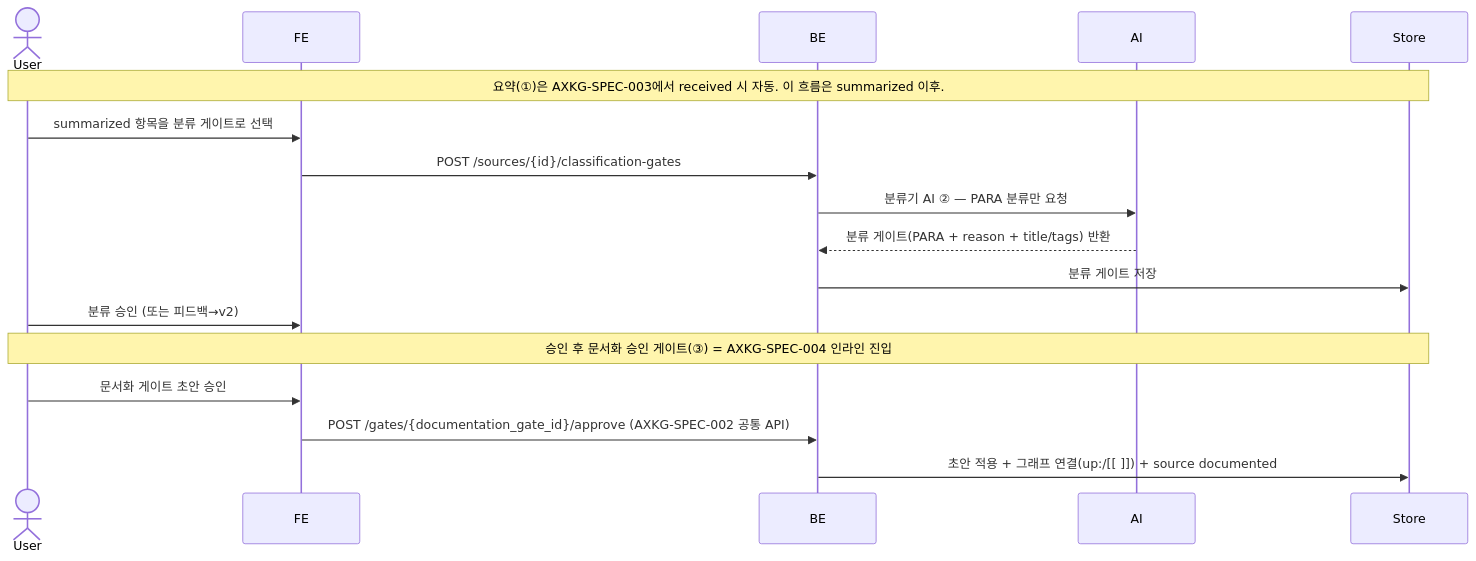
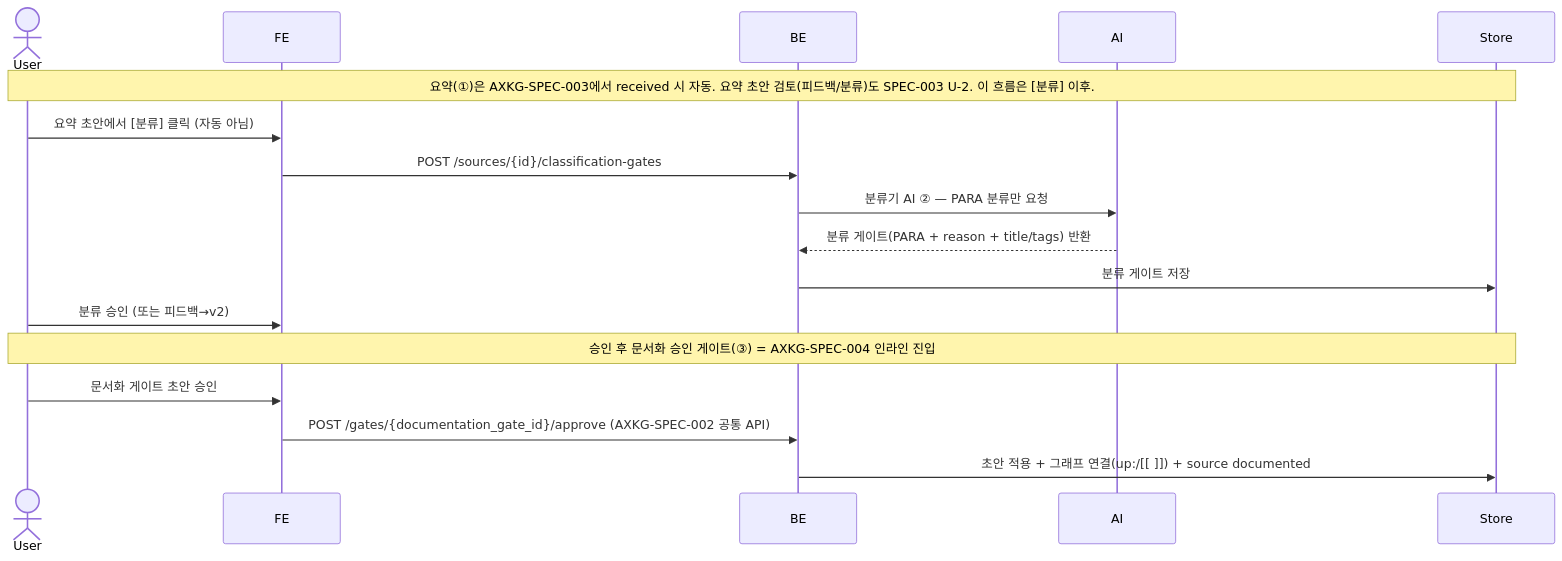
One commit to kknaks/kknaks_profile changed the first of 2 diagrams in products/ax-knowledge-graph/20-spec/spec-001-curation-pipeline.md. Above: the diagram before and after it, drawn with Mermaid. The commit also changed other lines of this file and 17 other files, not shown here.

First line of the commit message:
docs(axkg): 수집 실패 시 메모 fallback 결정 정합 — SPEC-012 수집 체인 확장

````diff
--- a/products/ax-knowledge-graph/20-spec/spec-001-curation-pipeline.md
+++ b/products/ax-knowledge-graph/20-spec/spec-001-curation-pipeline.md
@@ -193,20 +194,20 @@
 ```mermaid
 sequenceDiagram
     actor User
     participant FE
     participant BE
     participant AI
     participant Store
 
-    Note over User,Store: 요약(①)은 AXKG-SPEC-003에서 received 시 자동. 이 흐름은 summarized 이후.
-    User->>FE: summarized 항목을 분류 게이트로 선택
+    Note over User,Store: 요약(①)은 AXKG-SPEC-003에서 received 시 자동. 요약 초안 검토(피드백/분류)도 SPEC-003 U-2. 이 흐름은 [분류] 이후.
+    User->>FE: 요약 초안에서 [분류] 클릭 (자동 아님)
     FE->>BE: POST /sources/{id}/classification-gates
     BE->>AI: 분류기 AI ② — PARA 분류만 요청
     AI-->>BE: 분류 게이트(PARA + reason + title/tags) 반환
     BE->>Store: 분류 게이트 저장
     User->>FE: 분류 승인 (또는 피드백→v2)
     Note over User,Store: 승인 후 문서화 승인 게이트(③) = AXKG-SPEC-004 인라인 진입
     User->>FE: 문서화 게이트 초안 승인
     FE->>BE: POST /gates/{documentation_gate_id}/approve (AXKG-SPEC-002 공통 API)
     BE->>Store: 초안 적용 + 그래프 연결(up:/[[ ]]) + source documented
 ```
````
